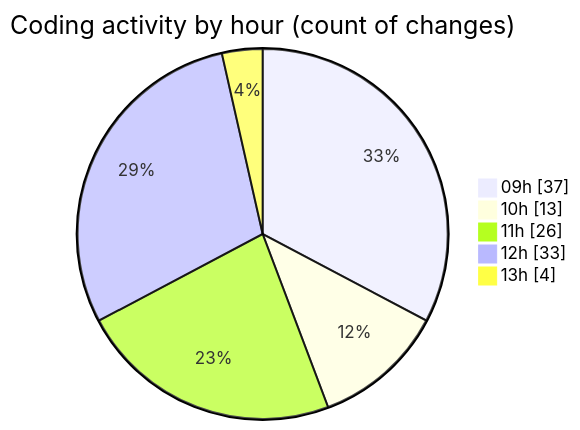
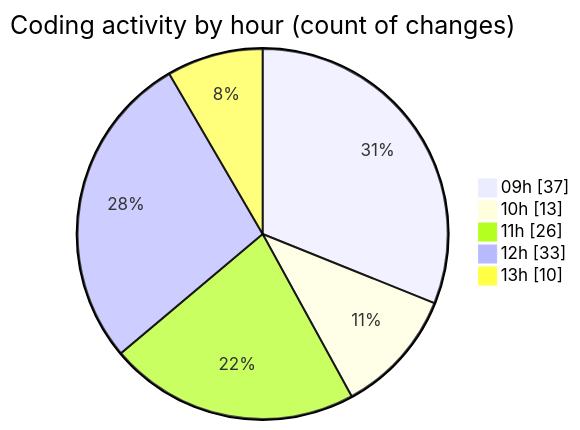
The second of 2 diagrams in 2026-04-23/cda/README.md (momahboobian/code-tracking), drawn with Mermaid before and after one commit. The commit also changed other lines of this file and 1 other file, not shown here.

````diff
--- a/2026-04-23/cda/README.md
+++ b/2026-04-23/cda/README.md
@@ -52,9 +52,9 @@
 ```mermaid
 pie showData
 title Coding activity by hour (count of changes)
 "09h" : 37
 "10h" : 13
 "11h" : 26
 "12h" : 33
-"13h" : 4
+"13h" : 10
 ```
````
